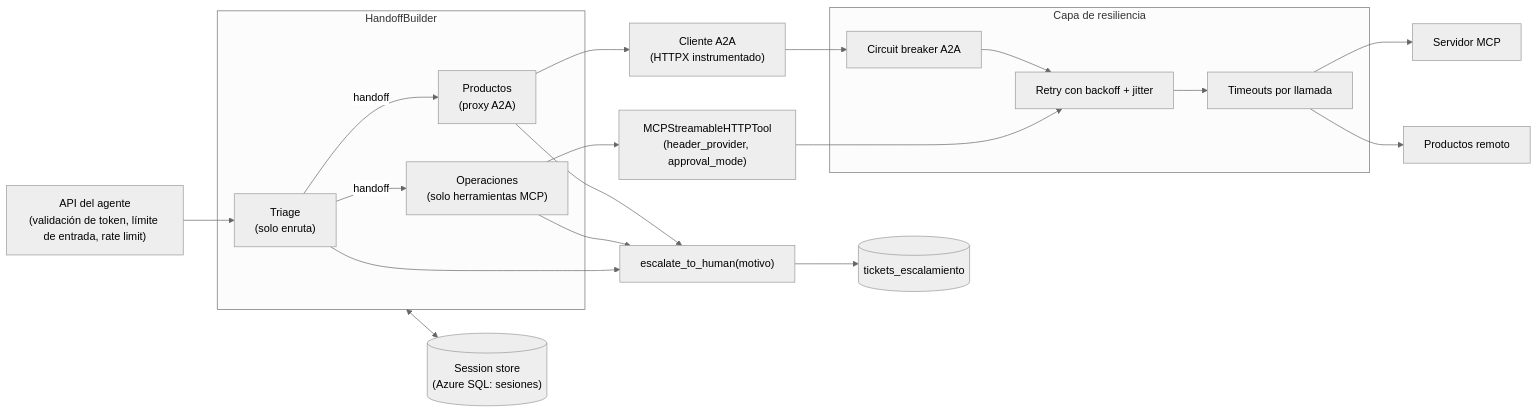
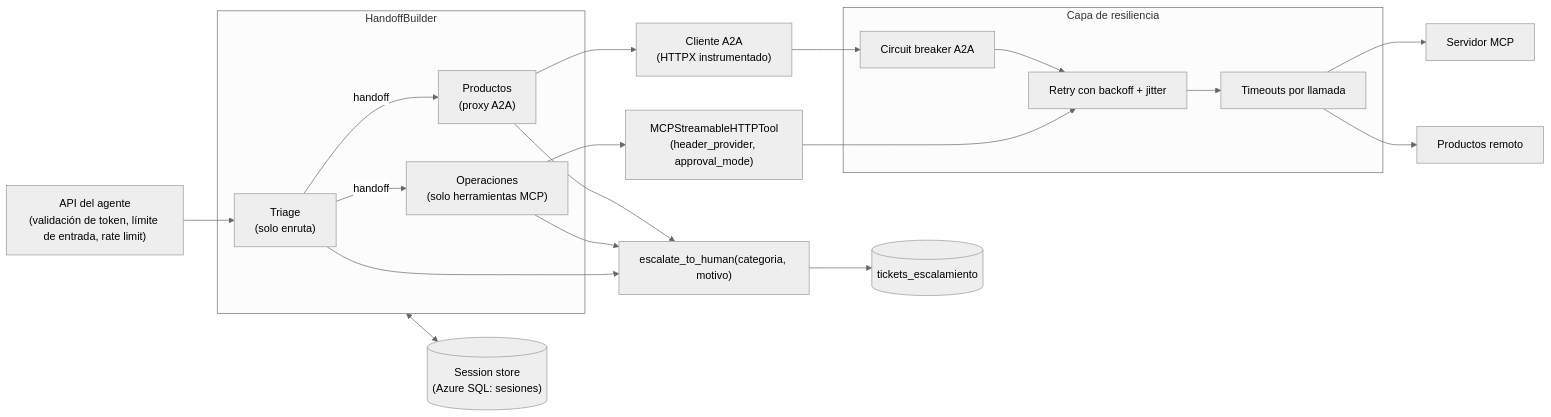
Before and after one commit to Danzstorm/banking-agent-maf-foundry: the second of 8 diagrams in docs/ARCHITECTURE.md, drawn with Mermaid (neutral theme). The commit also changed other lines of this file and 17 other files, not shown here.

First line of the commit message:
feat: triage handoff orchestration and human escalation

````diff
--- a/docs/ARCHITECTURE.md
+++ b/docs/ARCHITECTURE.md
@@ -72,37 +72,37 @@
 ```mermaid
 flowchart LR
     entrada["API del agente<br/>(validación de token, límite de entrada, rate limit)"]
     entrada --> triage
 
     subgraph handoff["HandoffBuilder"]
         triage["Triage<br/>(solo enruta)"]
         operaciones["Operaciones<br/>(solo herramientas MCP)"]
         productosproxy["Productos<br/>(proxy A2A)"]
     end
 
     triage -->|"handoff"| operaciones
     triage -->|"handoff"| productosproxy
-    triage --> escalar["escalate_to_human(motivo)"]
+    triage --> escalar["escalate_to_human(categoria, motivo)"]
     operaciones --> escalar
     productosproxy --> escalar
 
     operaciones --> mcptool["MCPStreamableHTTPTool<br/>(header_provider, approval_mode)"]
     productosproxy --> a2aclient["Cliente A2A<br/>(HTTPX instrumentado)"]
 
     subgraph resiliencia["Capa de resiliencia"]
         retry["Retry con backoff + jitter"]
         timeout["Timeouts por llamada"]
         breaker["Circuit breaker A2A"]
     end
 
     mcptool --> retry
     a2aclient --> breaker
     breaker --> retry
     retry --> timeout
 
     timeout --> mcpserver["Servidor MCP"]
     timeout --> productosremoto["Productos remoto"]
 
     handoff <--> sesiones[("Session store<br/>(Azure SQL: sesiones)")]
     escalar --> tickets[("tickets_escalamiento")]
 ```
````
